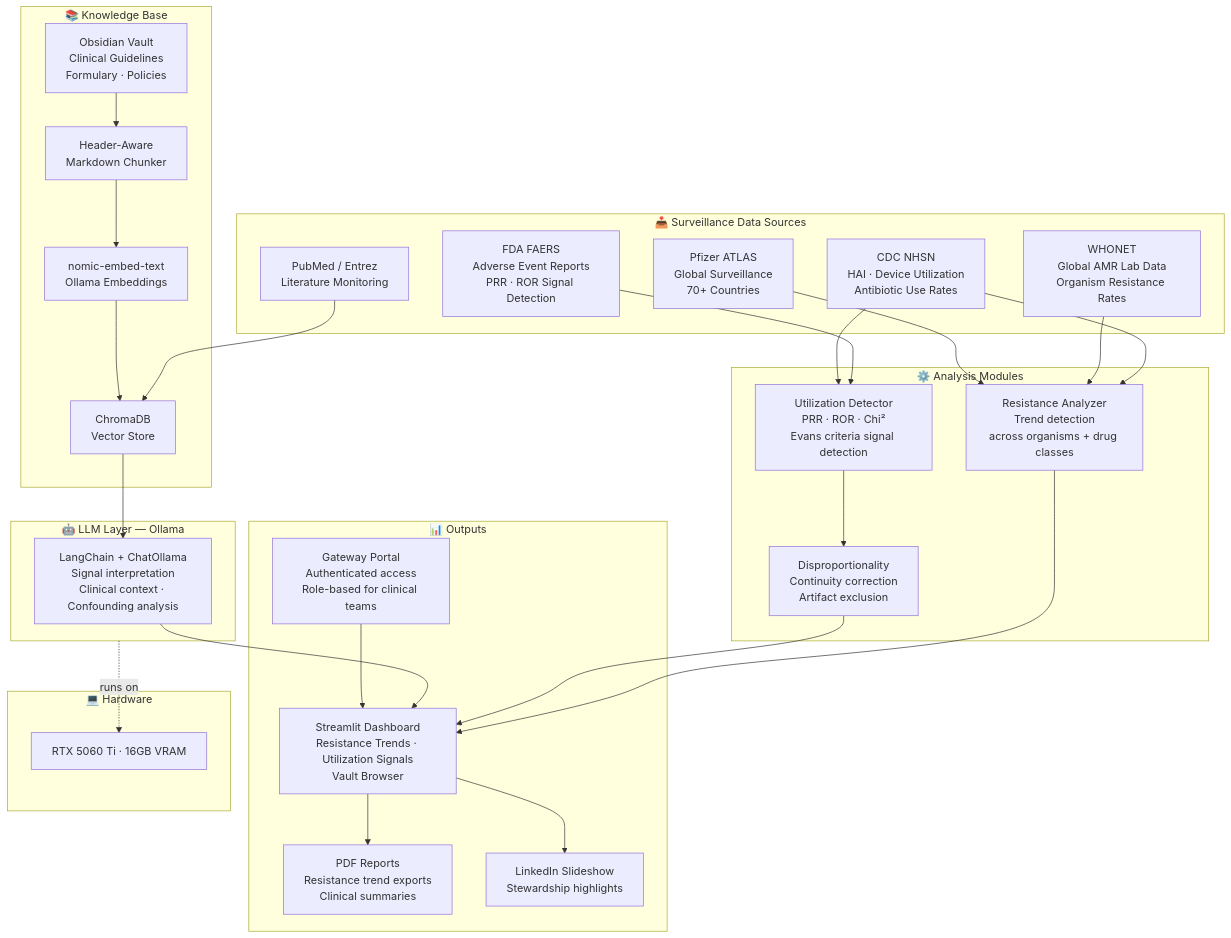
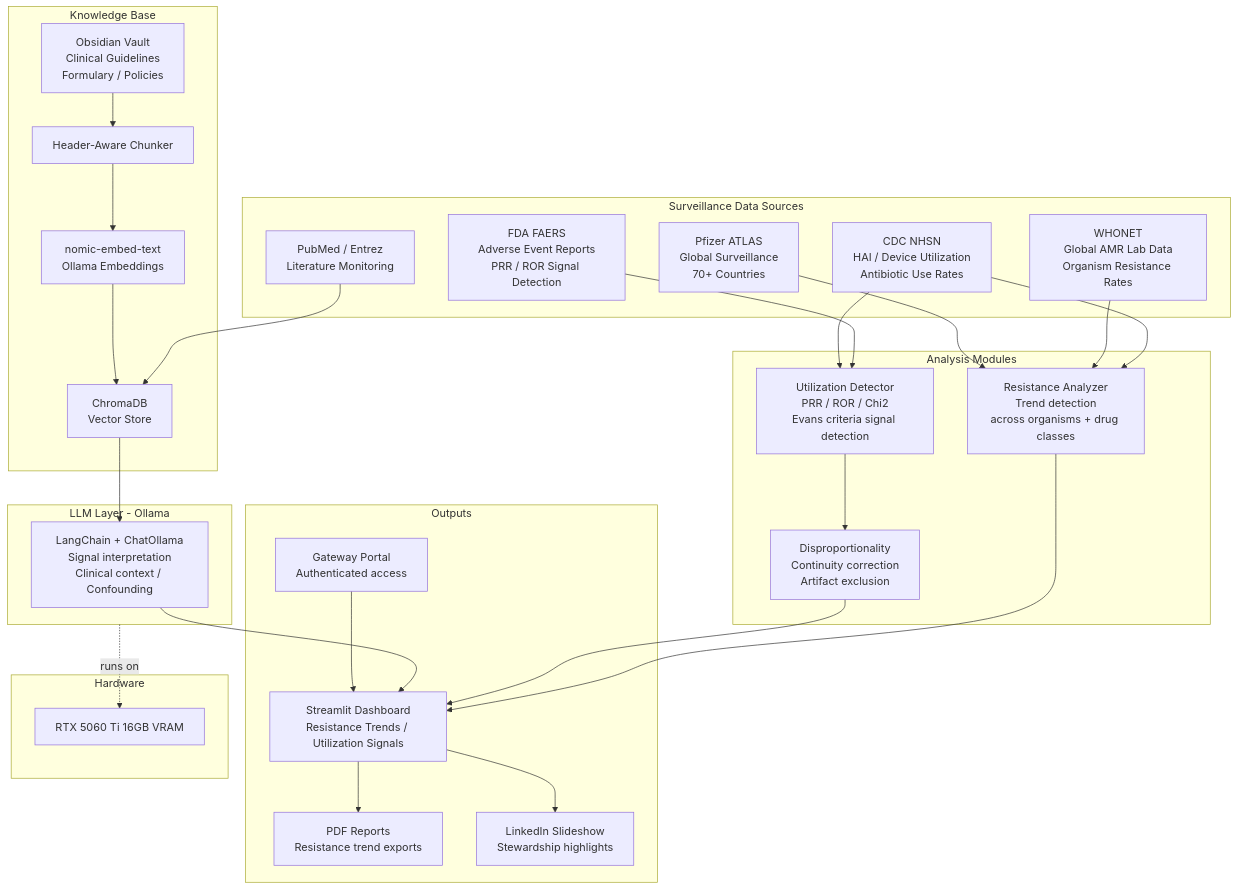
One commit to molszewski423/ams-intelligence changed the diagram in README.md. Above: the diagram before and after it, drawn with Mermaid.

Commit message:
Fix Mermaid diagram — remove unicode dots for mobile compat

````diff
--- a/README.md
+++ b/README.md
@@ -9,54 +9,79 @@
 ```mermaid
 graph TB
-    subgraph Sources["📥 Surveillance Data Sources"]
-        NHSN["CDC NHSN\nHAI · Device Utilization\nAntibiotic Use Rates"]
-        FAERS["FDA FAERS\nAdverse Event Reports\nPRR · ROR Signal Detection"]
-        WHONET["WHONET\nGlobal AMR Lab Data\nOrganism Resistance Rates"]
-        PUBMED["PubMed / Entrez\nLiterature Monitoring"]
-        ATLAS["Pfizer ATLAS\nGlobal Surveillance\n70+ Countries"]
+    subgraph Sources["Surveillance Data Sources"]
+        NHSN["CDC NHSN
+HAI / Device Utilization
+Antibiotic Use Rates"]
+        FAERS["FDA FAERS
+Adverse Event Reports
+PRR / ROR Signal Detection"]
+        WHONET["WHONET
+Global AMR Lab Data
+Organism Resistance Rates"]
+        PUBMED["PubMed / Entrez
+Literature Monitoring"]
+        ATLAS["Pfizer ATLAS
+Global Surveillance
+70+ Countries"]
     end
 
-    subgraph Vault["📚 Knowledge Base"]
-        VAULTMD["Obsidian Vault\nClinical Guidelines\nFormulary · Policies"]
-        Chunker["Header-Aware\nMarkdown Chunker"]
-        Embed["nomic-embed-text\nOllama Embeddings"]
-        ChromaDB["ChromaDB\nVector Store"]
+    subgraph Vault["Knowledge Base"]
+        VAULTMD["Obsidian Vault
+Clinical Guidelines
+Formulary / Policies"]
+        Chunker["Header-Aware Chunker"]
+        Embed["nomic-embed-text
+Ollama Embeddings"]
+        ChromaDB["ChromaDB
+Vector Store"]
     end
 
-    subgraph Analysis["⚙️ Analysis Modules"]
-        RES["Resistance Analyzer\nTrend detection\nacross organisms + drug classes"]
-        UTIL["Utilization Detector\nPRR · ROR · Chi²\nEvans criteria signal detection"]
-        DISP["Disproportionality\nContinuity correction\nArtifact exclusion"]
+    subgraph Analysis["Analysis Modules"]
+        RES["Resistance Analyzer
+Trend detection
+across organisms + drug classes"]
+        UTIL["Utilization Detector
+PRR / ROR / Chi2
+Evans criteria signal detection"]
+        DISP["Disproportionality
+Continuity correction
+Artifact exclusion"]
     end
 
-    subgraph LLM["🤖 LLM Layer — Ollama"]
-        OLLAMA["LangChain + ChatOllama\nSignal interpretation\nClinical context · Confounding analysis"]
+    subgraph LLM["LLM Layer - Ollama"]
+        OLLAMA["LangChain + ChatOllama
+Signal interpretation
+Clinical context / Confounding"]
     end
 
-    subgraph Output["📊 Outputs"]
-        DASH["Streamlit Dashboard\nResistance Trends · Utilization Signals\nVault Browser"]
-        PDF["PDF Reports\nResistance trend exports\nClinical summaries"]
-        SLIDE["LinkedIn Slideshow\nStewardship highlights"]
-        GW["Gateway Portal\nAuthenticated access\nRole-based for clinical teams"]
+    subgraph Output["Outputs"]
+        DASH["Streamlit Dashboard
+Resistance Trends / Utilization Signals"]
+        PDF["PDF Reports
+Resistance trend exports"]
+        SLIDE["LinkedIn Slideshow
+Stewardship highlights"]
+        GW["Gateway Portal
+Authenticated access"]
     end
 
     NHSN --> RES
     WHONET --> RES
     ATLAS --> RES
     FAERS --> UTIL
     NHSN --> UTIL
     PUBMED --> ChromaDB
     VAULTMD --> Chunker --> Embed --> ChromaDB
     ChromaDB --> OLLAMA
     RES --> DASH
     UTIL --> DISP --> DASH
     OLLAMA --> DASH
     DASH --> PDF
     DASH --> SLIDE
     GW --> DASH
 
-    subgraph HW["💻 Hardware"]
-        GPU["RTX 5060 Ti · 16GB VRAM"]
+    subgraph HW["Hardware"]
+        GPU["RTX 5060 Ti 16GB VRAM"]
     end
     LLM -.->|runs on| GPU
 ```
````
